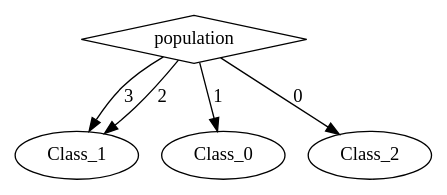
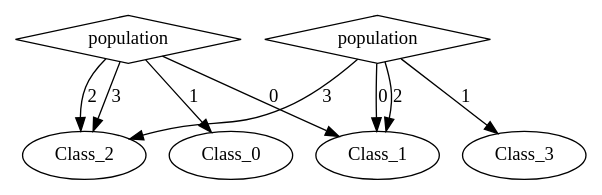
One commit to torfah/synplicate changed the diagram in examples/california_census_simplified/program/program2.dot. Above: the diagram before and after it, drawn with Graphviz. The commit also changed 69 other files, not shown here.

```diff
--- a/examples/california_census_simplified/program/program2.dot
+++ b/examples/california_census_simplified/program/program2.dot
@@ -1,12 +1,21 @@
 digraph {
+node [label=Class_2,style=""] Class_2
+node [label=Class_2,style=""] Class_2
+node [label=Class_0,style=""] Class_0
 node [label=Class_1,style=""] Class_1
+node [label=Class_2,style=""] Class_2
 node [label=Class_1,style=""] Class_1
-node [label=Class_0,style=""] Class_0
-node [label=Class_2,style=""] Class_2
+node [label=Class_3,style=""] Class_3
+node [label=Class_1,style=""] Class_1
+node [label=population,shape="diamond",style=""] 1
 node [label=population,shape="diamond",style=""] 0
 
-0 -> Class_1 [label="3"]
+1 -> Class_2 [label="3"]
+1 -> Class_2 [label="2"]
+1 -> Class_0 [label="1"]
+1 -> Class_1 [label="0"]
+0 -> Class_2 [label="3"]
 0 -> Class_1 [label="2"]
-0 -> Class_0 [label="1"]
-0 -> Class_2 [label="0"]
+0 -> Class_3 [label="1"]
+0 -> Class_1 [label="0"]
 }
```
